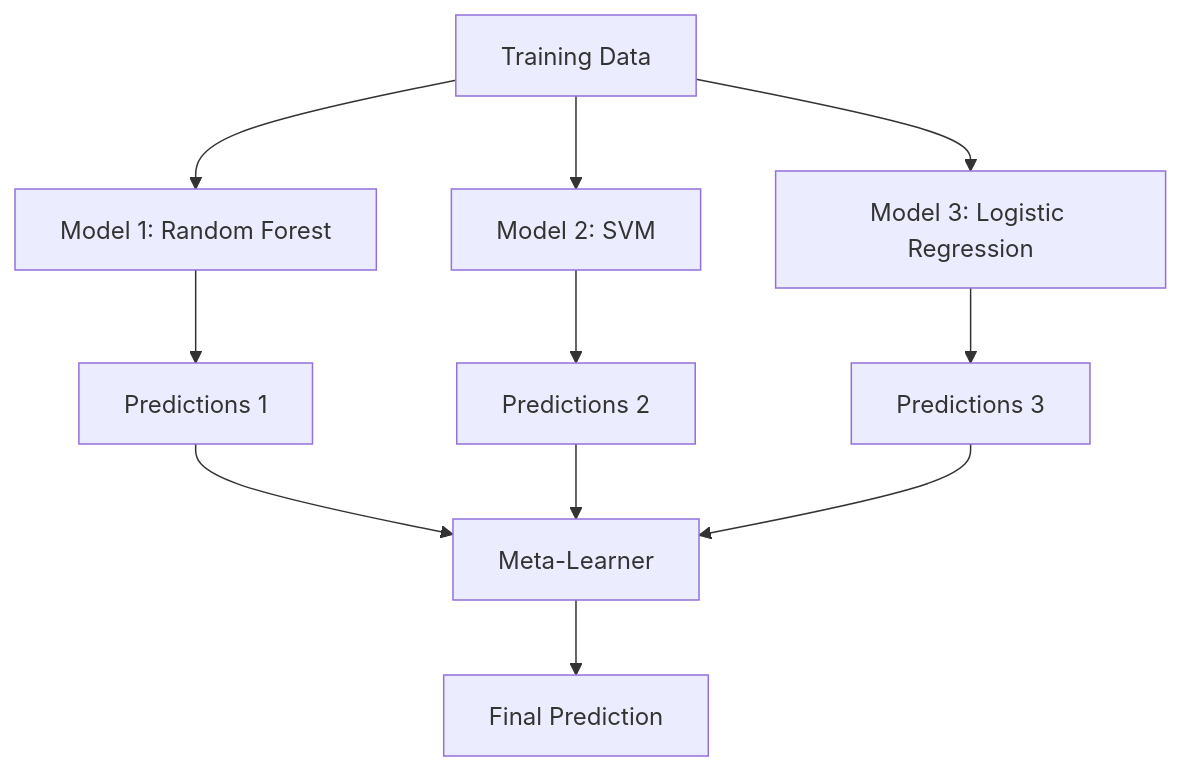
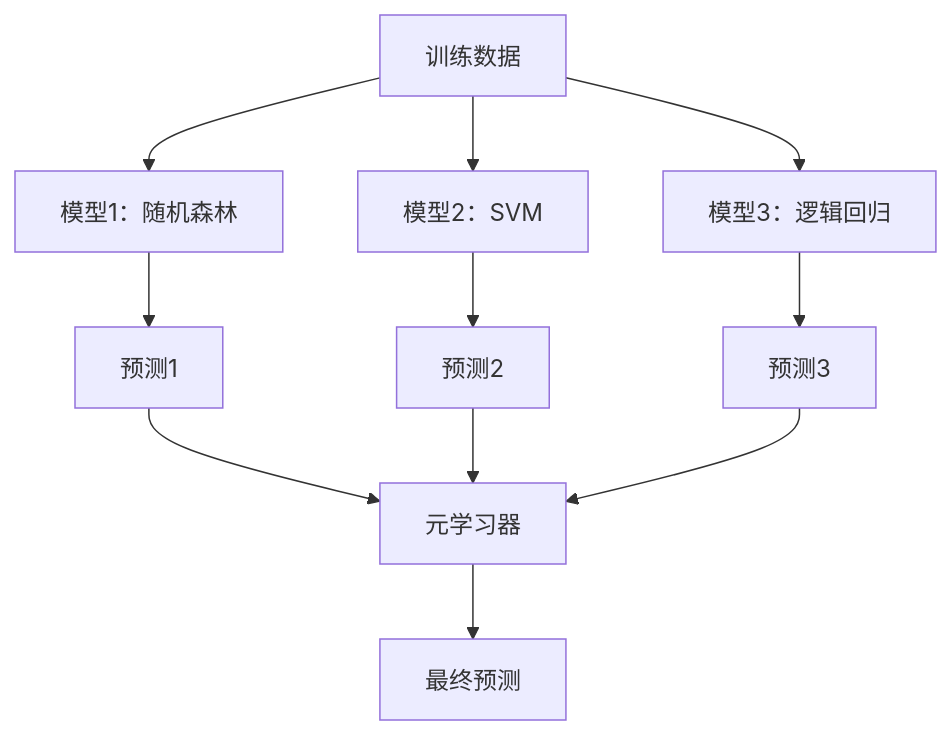
Before and after one commit to omigaZen/ai-engineering-from-scratch: the third of 3 diagrams in phases/02-ml-fundamentals/11-ensemble-methods/docs/zh.md, drawn with Mermaid. The commit also changed other lines of this file, not shown here.

````diff
--- a/phases/02-ml-fundamentals/11-ensemble-methods/docs/zh.md
+++ b/phases/02-ml-fundamentals/11-ensemble-methods/docs/zh.md
@@ -176,16 +152,16 @@
 ```mermaid
 flowchart TD
-    D[Training Data] --> M1[Model 1: Random Forest]
-    D --> M2[Model 2: SVM]
-    D --> M3[Model 3: Logistic Regression]
+    D[训练数据] --> M1[模型1：随机森林]
+    D --> M2[模型2：SVM]
+    D --> M3[模型3：逻辑回归]
 
-    M1 --> P1[Predictions 1]
-    M2 --> P2[Predictions 2]
-    M3 --> P3[Predictions 3]
+    M1 --> P1[预测1]
+    M2 --> P2[预测2]
+    M3 --> P3[预测3]
 
-    P1 --> META[Meta-Learner]
+    P1 --> META[元学习器]
     P2 --> META
     P3 --> META
 
-    META --> F[Final Prediction]
+    META --> F[最终预测]
 ```
````
